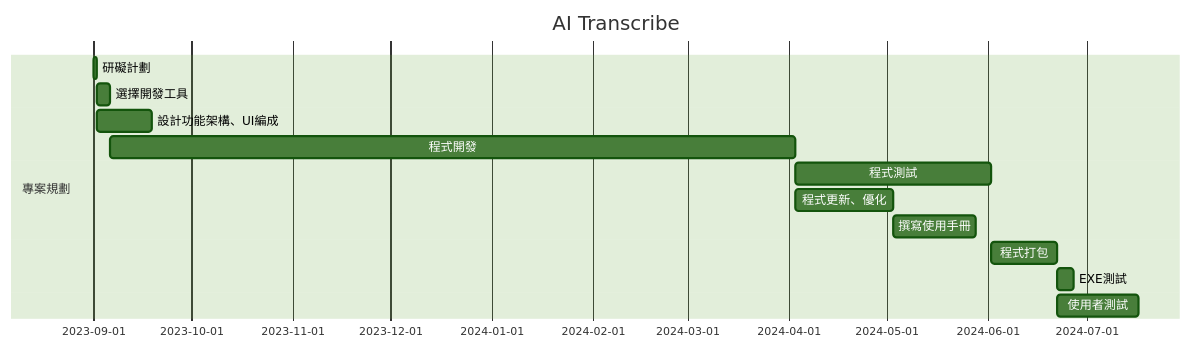
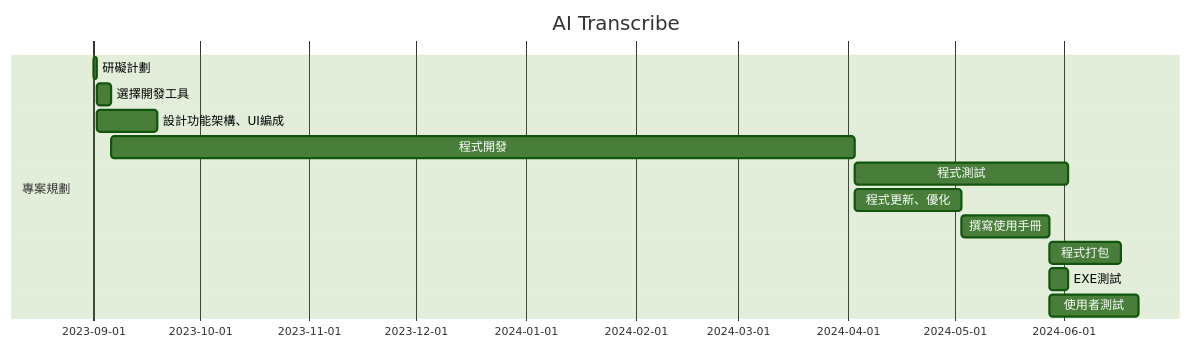
One commit to MITC110118132/23a changed the third of 4 diagrams in hw2.md. Above: the diagram before and after it, drawn with Mermaid (forest theme).

````diff
--- a/hw2.md
+++ b/hw2.md
@@ -34,16 +34,16 @@
 ```mermaid
 gantt
     title AI Transcribe
 
     section 專案規劃
     研礙計劃           :a1, 2023-09-01, 1d
     選擇開發工具           :a2, after a1  , 4d
     設計功能架構、UI編成           :a3, after a1  , 17d
     程式開發           :a4, after a2  , 210d
     程式測試           :a5, after a4  , 60d
     程式更新、優化           :a6, after a4  , 30d
     撰寫使用手冊        :a7, after a6  , 25d
-    程式打包           :a7, after a5  , 20d
+    程式打包           :a8, after a7  , 20d
     EXE測試           :a9, after a7  , 5d
     使用者測試         :a10, after a7  , 25d
 ```
````
